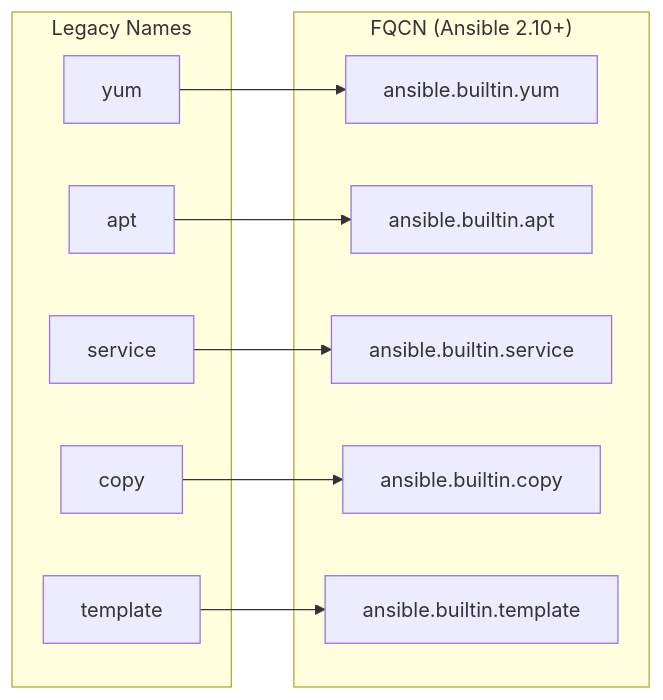
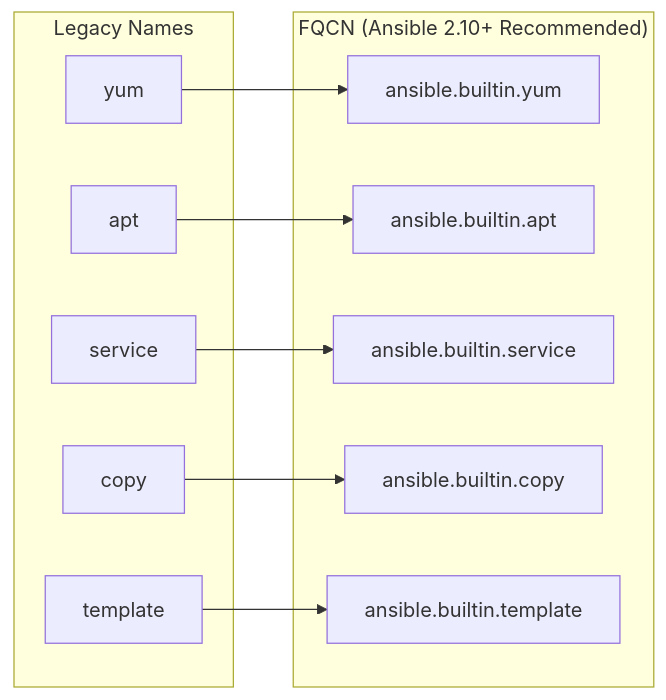
The second of 5 diagrams in posts/2026-01-24-fix-module-not-found-errors-ansible/README.md (OneUptime/blog), drawn with Mermaid before and after one commit. The commit also changed other lines of this file and 4262 other files, not shown here.

````diff
--- a/posts/2026-01-24-fix-module-not-found-errors-ansible/README.md
+++ b/posts/2026-01-24-fix-module-not-found-errors-ansible/README.md
@@ -111,24 +112,24 @@
 ```mermaid
 flowchart LR
     subgraph "Legacy Names"
         A1[yum]
         A2[apt]
         A3[service]
         A4[copy]
         A5[template]
     end
 
-    subgraph "FQCN (Ansible 2.10+)"
+    subgraph "FQCN (Ansible 2.10+ Recommended)"
         B1[ansible.builtin.yum]
         B2[ansible.builtin.apt]
         B3[ansible.builtin.service]
         B4[ansible.builtin.copy]
         B5[ansible.builtin.template]
     end
 
     A1 --> B1
     A2 --> B2
     A3 --> B3
     A4 --> B4
     A5 --> B5
 ```
````
